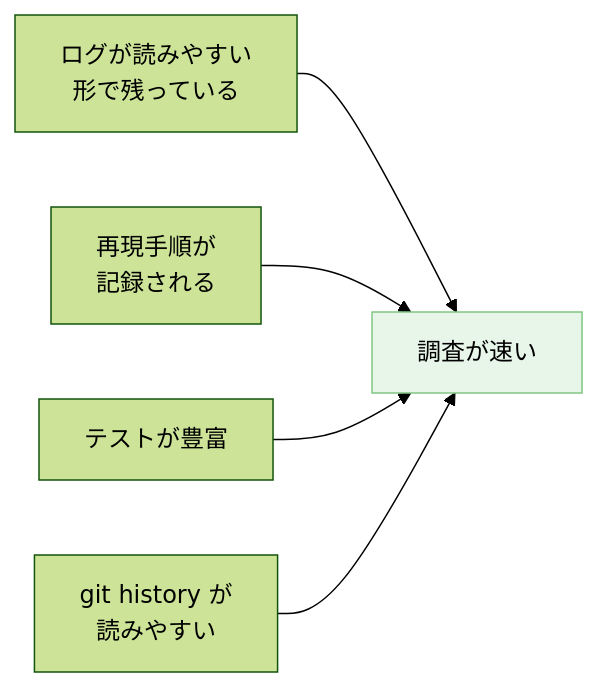
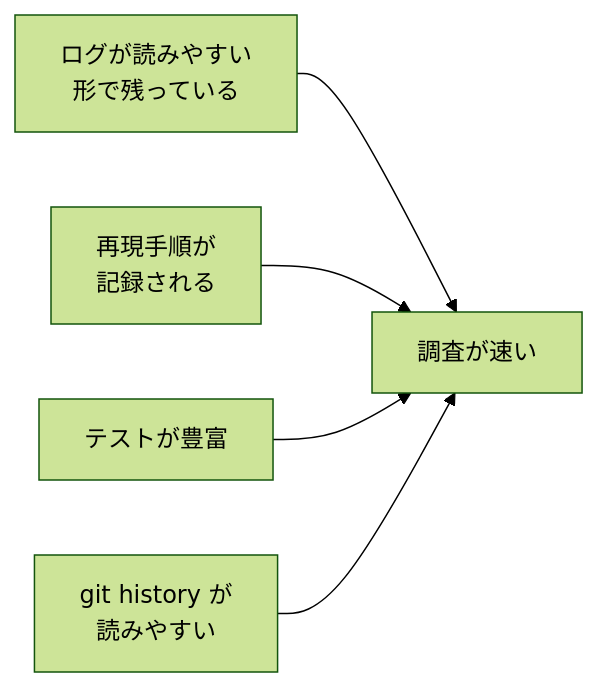
Before and after one commit to dinekt/dinekt-wiki: the second of 2 diagrams in docs/case-studies/claude-code-を使った効率的な不具合調査.md, drawn with Mermaid (forest theme). The commit also changed other lines of this file and 70 other files, not shown here.

First line of the commit message:
fix(mermaid): strip all inline styling, rely on theme

````diff
--- a/docs/case-studies/claude-code-を使った効率的な不具合調査.md
+++ b/docs/case-studies/claude-code-を使った効率的な不具合調査.md
@@ -105,9 +100,8 @@
 ```mermaid
 flowchart LR
     P1[ログが読みやすい<br/>形で残っている] --> OK[調査が速い]
     P2[再現手順が<br/>記録される] --> OK
     P3[テストが豊富] --> OK
     P4[git history が<br/>読みやすい] --> OK
 
-    style OK fill:#e8f5e9,stroke:#81c784,color:#000
 ```
````
